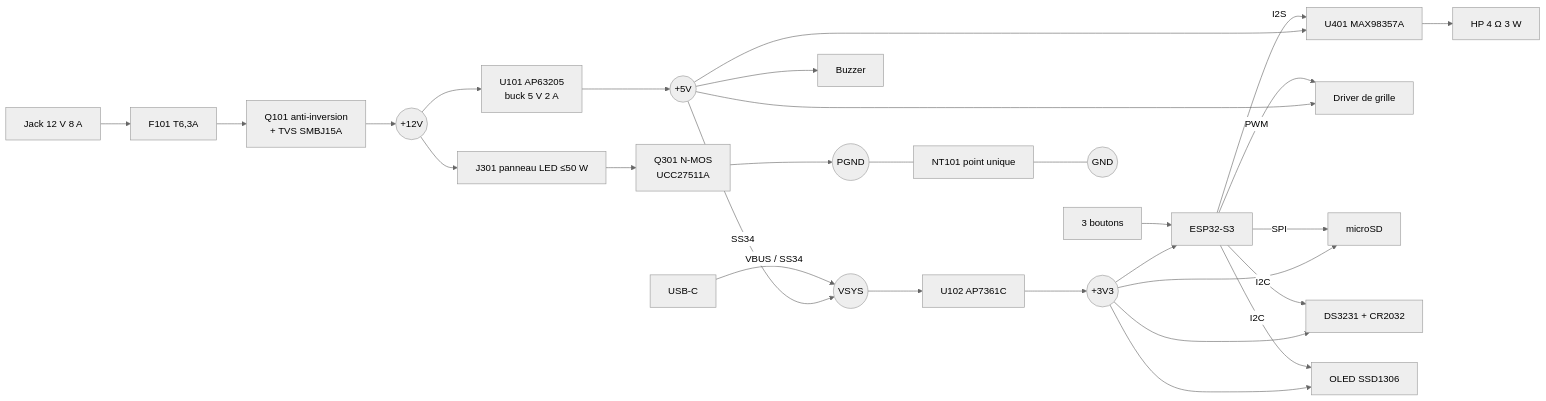
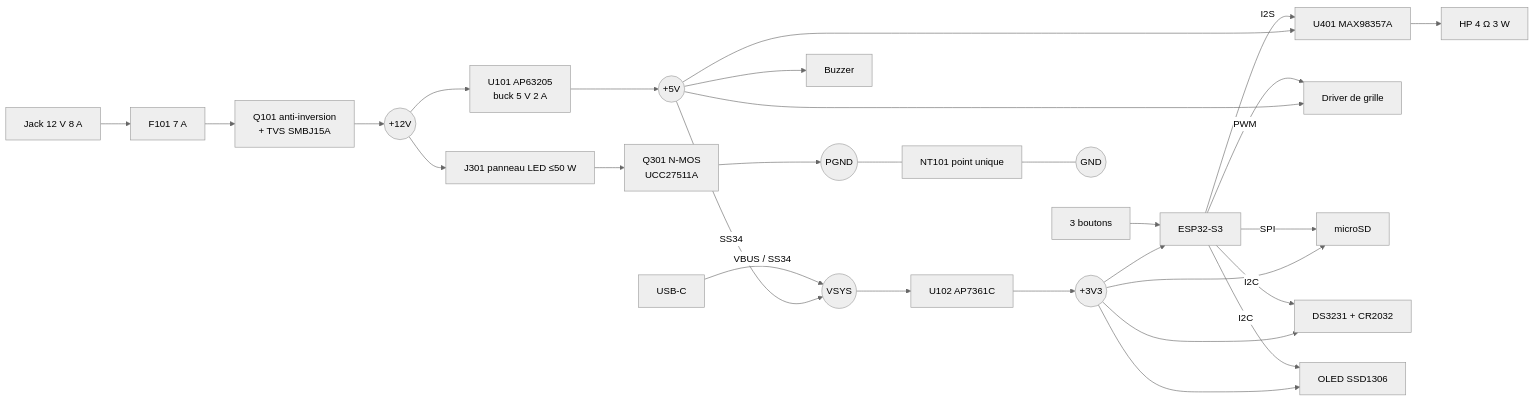
One commit to bosco-drg/AuroraWake changed the diagram in hardware/AuroraWake/README.md. Above: the diagram before and after it, drawn with Mermaid (neutral theme). The commit also changed other lines of this file and 46 other files, not shown here.

````diff
--- a/hardware/AuroraWake/README.md
+++ b/hardware/AuroraWake/README.md
@@ -56,22 +56,22 @@
 ```mermaid
 flowchart LR
-  JACK[Jack 12 V 8 A] --> F[F101 T6,3A] --> RP[Q101 anti-inversion<br/>+ TVS SMBJ15A] --> V12((+12V))
+  JACK[Jack 12 V 8 A] --> F[F101 7 A] --> RP[Q101 anti-inversion<br/>+ TVS SMBJ15A] --> V12((+12V))
   V12 --> LED[J301 panneau LED ≤50 W] --> Q[Q301 N-MOS<br/>UCC27511A] --> PGND((PGND))
   V12 --> BUCK[U101 AP63205<br/>buck 5 V 2 A] --> V5((+5V))
   V5 --> AMP[U401 MAX98357A] --> HP[HP 4 Ω 3 W]
   V5 --> BUZ[Buzzer]
   V5 --> DRV[Driver de grille]
   V5 -->|SS34| VSYS((VSYS))
   USB[USB-C] -->|VBUS / SS34| VSYS
   VSYS --> LDO[U102 AP7361C] --> V33((+3V3))
   V33 --> ESP[ESP32-S3]
   V33 --> SD[microSD]
   V33 --> RTC[DS3231 + CR2032]
   V33 --> OLED[OLED SSD1306]
   ESP -- PWM --> DRV
   ESP -- I2S --> AMP
   ESP -- SPI --> SD
   ESP -- I2C --> RTC & OLED
   BTN[3 boutons] --> ESP
   PGND --- NT[NT101 point unique] --- GND((GND))
 ```
````
